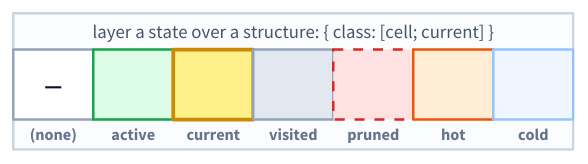
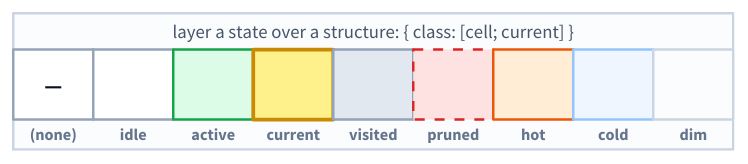
One commit to ani2fun/synapse-content changed the first of 4 diagrams in synapse-features/05-d2-component-library/01-using-the-library.md. Above: the diagram before and after it, drawn with D2. The commit also changed other lines of this file and 85 other files, not shown here.

````diff
--- a/synapse-features/05-d2-component-library/01-using-the-library.md
+++ b/synapse-features/05-d2-component-library/01-using-the-library.md
@@ -74,35 +87,41 @@
 ```d2
 classes: {
   cell: { style: { fill: "#ffffff"; stroke: "#94a3b8"; font-size: 18 }; width: 64; height: 56 }
   idx: { style: { fill: transparent; stroke-width: 0; font-size: 13; font-color: "#64748b" }; width: 64; height: 24 }
   panel: { style: { fill: "#fbfcfe"; stroke: "#cbd5e1"; font-size: 15; font-color: "#475569" } }
   active:  { style: { fill: "#dcfce7"; stroke: "#16a34a" } }   # in play — inside the window, in range
   current: { style: { fill: "#fef08a"; stroke: "#ca8a04"; stroke-width: 3 } }   # being touched right now
   visited: { style: { fill: "#e2e8f0"; stroke: "#94a3b8"; font-color: "#64748b" } }   # already processed
   pruned:  { style: { fill: "#fee2e2"; stroke: "#dc2626"; stroke-dash: 4; font-color: "#991b1b" } }   # cut off, never explored
   hot:     { style: { fill: "#ffedd5"; stroke: "#ea580c" } }   # frequent — cache hit, high traffic
   cold:    { style: { fill: "#eff6ff"; stroke: "#93c5fd"; font-color: "#64748b" } }   # rare — cache miss, cold path
+  dim:     { style: { fill: "#fbfcfe"; stroke: "#cbd5e1"; font-color: "#94a3b8" } }   # this frame is not about it
+  idle:    { style: { fill: "#ffffff"; stroke: "#94a3b8" } }   # declared, untouched, recolourable
 }
 
 sw: "layer a state over a structure:  { class: [cell; current] }" { class: panel
   grid-rows: 2
-  grid-columns: 7
+  grid-columns: 9
   grid-gap: 0
 
   s0: "—" { class: cell }
-  s1: "" { class: [cell; active] }
-  s2: "" { class: [cell; current] }
-  s3: "" { class: [cell; visited] }
-  s4: "" { class: [cell; pruned] }
-  s5: "" { class: [cell; hot] }
-  s6: "" { class: [cell; cold] }
+  s1: "" { class: [cell; idle] }
+  s2: "" { class: [cell; active] }
+  s3: "" { class: [cell; current] }
+  s4: "" { class: [cell; visited] }
+  s5: "" { class: [cell; pruned] }
+  s6: "" { class: [cell; hot] }
+  s7: "" { class: [cell; cold] }
+  s8: "" { class: [cell; dim] }
 
   n0: "(none)" { class: idx }
-  n1: active   { class: idx }
-  n2: current  { class: idx }
-  n3: visited  { class: idx }
-  n4: pruned   { class: idx }
-  n5: hot      { class: idx }
-  n6: cold     { class: idx }
+  n1: idle     { class: idx }
+  n2: active   { class: idx }
+  n3: current  { class: idx }
+  n4: visited  { class: idx }
+  n5: pruned   { class: idx }
+  n6: hot      { class: idx }
+  n7: cold     { class: idx }
+  n8: dim      { class: idx }
 }
 ```
````
